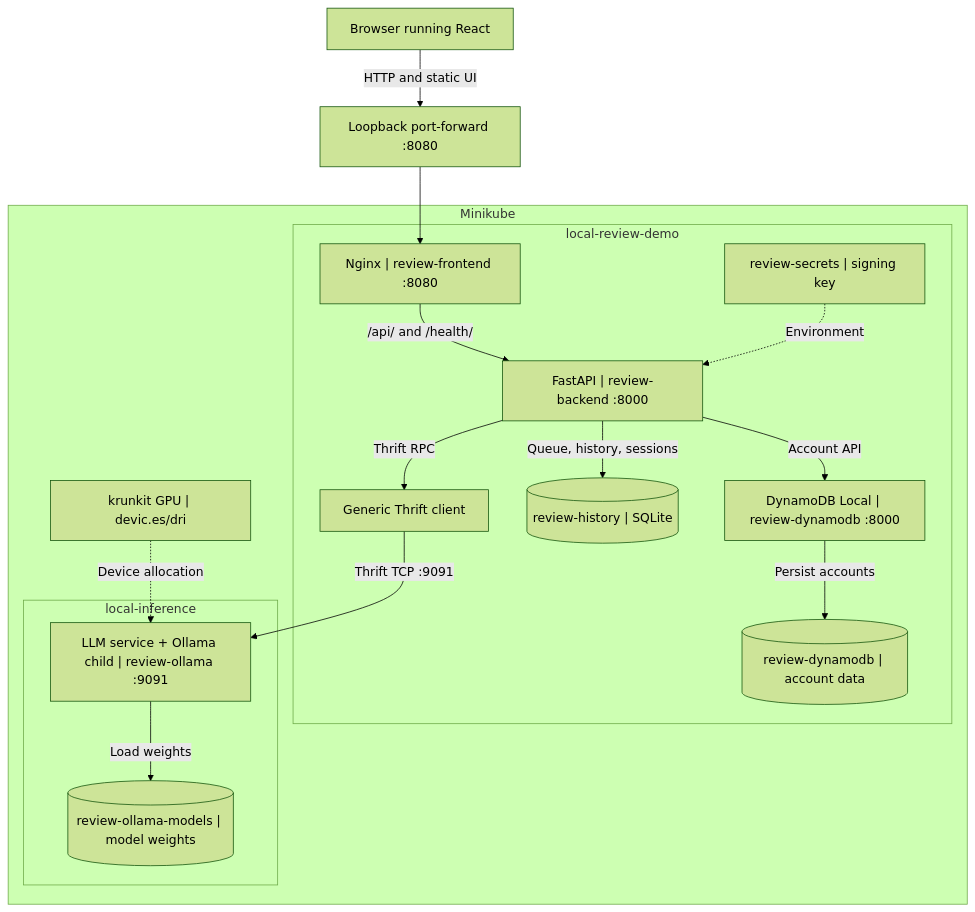
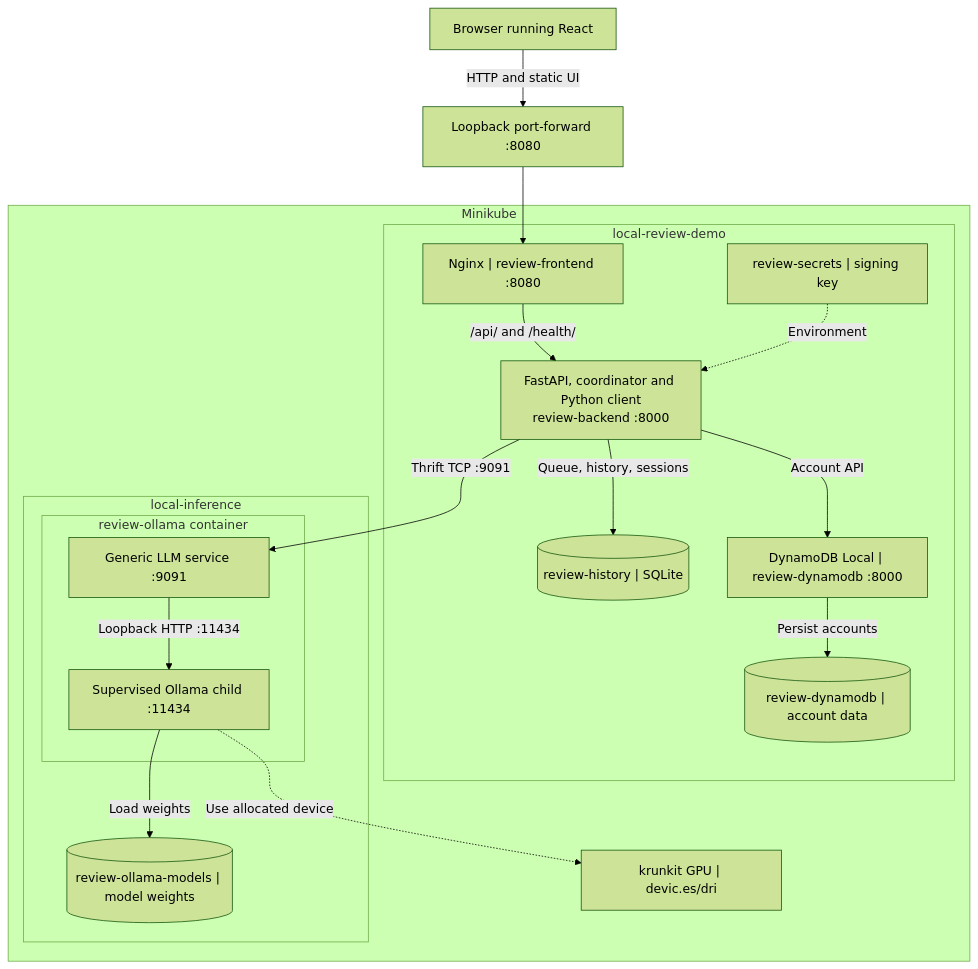
One commit to GodfreyLyu/LocalQwenDemo changed the first of 2 diagrams in docs/reference/architecture.md. Above: the diagram before and after it, drawn with Mermaid (forest theme). The commit also changed other lines of this file and 35 other files, not shown here.

````diff
--- a/docs/reference/architecture.md
+++ b/docs/reference/architecture.md
@@ -24,34 +24,36 @@
 ```mermaid
 flowchart TB
     accTitle: LocalQwenDemo Minikube system layout
-    accDescr: A browser reaches Nginx through a loopback port-forward. Nginx proxies to one FastAPI backend, which uses SQLite, DynamoDB Local and a Thrift worker backed by independent Ollama. Three PVCs preserve application and model data.
+    accDescr: A browser reaches Nginx through a loopback port-forward. One FastAPI process contains the coordinator and Thrift client and uses SQLite and DynamoDB Local. A separate inference container owns the generic service and its loopback Ollama child. Three PVCs preserve application and model data.
     browser["Browser running React"]
     forward["Loopback port-forward :8080"]
     subgraph cluster["Minikube"]
         subgraph application["local-review-demo"]
             frontend["Nginx | review-frontend :8080"]
-            backend["FastAPI | review-backend :8000"]
-            worker["Generic Thrift client"]
+            backend["FastAPI, coordinator and Python client<br/>review-backend :8000"]
             history[("review-history | SQLite")]
             accounts["DynamoDB Local | review-dynamodb :8000"]
             accountData[("review-dynamodb | account data")]
             signing["review-secrets | signing key"]
         end
         subgraph inference["local-inference"]
-            ollama["LLM service + Ollama child | review-ollama :9091"]
+            subgraph inferenceContainer["review-ollama container"]
+                service["Generic LLM service :9091"]
+                ollama["Supervised Ollama child :11434"]
+            end
             models[("review-ollama-models | model weights")]
         end
         gpu["krunkit GPU | devic.es/dri"]
     end
     browser -->|"HTTP and static UI"| forward
     forward --> frontend
     frontend -->|"/api/ and /health/"| backend
     backend -->|"Queue, history, sessions"| history
     backend -->|"Account API"| accounts
     accounts -->|"Persist accounts"| accountData
-    backend -->|"Thrift RPC"| worker
-    worker -->|"Thrift TCP :9091"| ollama
+    backend -->|"Thrift TCP :9091"| service
+    service -->|"Loopback HTTP :11434"| ollama
     ollama -->|"Load weights"| models
     signing -.->|"Environment"| backend
-    gpu -.->|"Device allocation"| ollama
+    ollama -.->|"Use allocated device"| gpu
 ```
````
